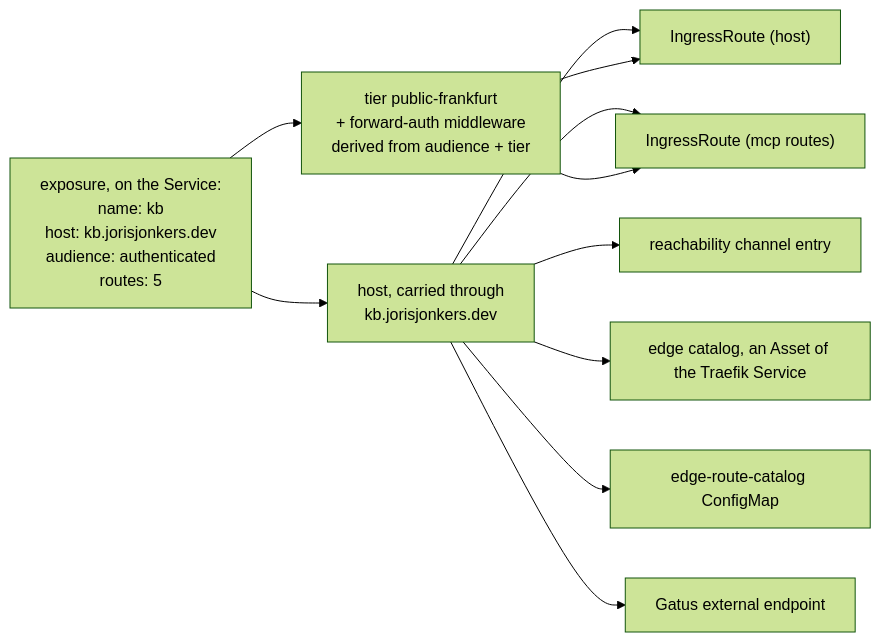
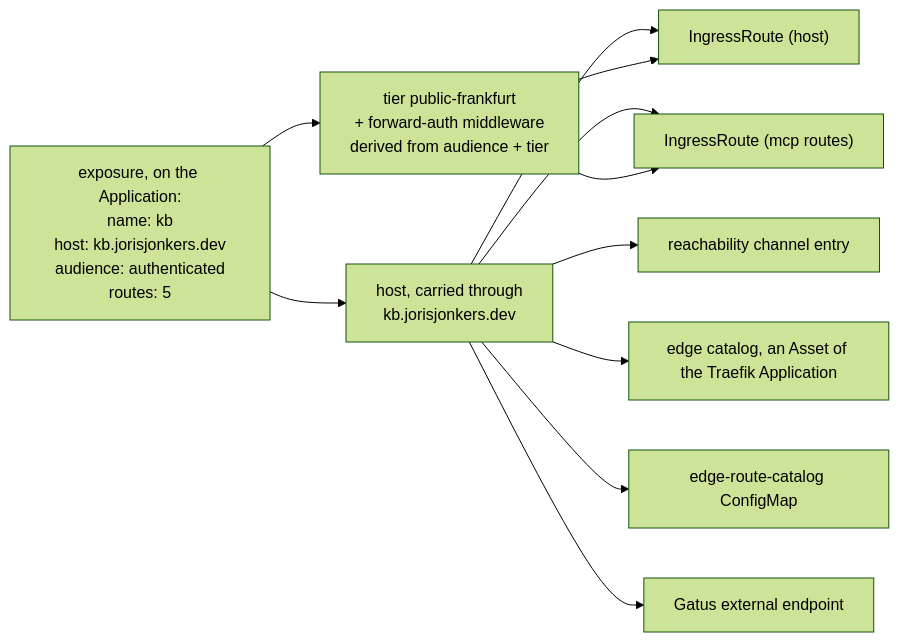
Before and after one commit to JorisJonkers-dev/deploy-kit: the third of 3 diagrams in spec/v1/16-dependencies.md, drawn with Mermaid (forest theme). The commit also changed other lines of this file and 169 other files, not shown here.

````diff
--- a/spec/v1/16-dependencies.md
+++ b/spec/v1/16-dependencies.md
@@ -776,16 +776,16 @@
 ```mermaid
 flowchart LR
-    X["exposure, on the Service:<br/>name: kb<br/>host: kb.jorisjonkers.dev<br/>audience: authenticated<br/>routes: 5"]
+    X["exposure, on the Application:<br/>name: kb<br/>host: kb.jorisjonkers.dev<br/>audience: authenticated<br/>routes: 5"]
 
     X --> H["host, carried through<br/>kb.jorisjonkers.dev"]
     X --> T["tier public-frankfurt<br/>+ forward-auth middleware<br/>derived from audience + tier"]
 
     H --> A1["IngressRoute (host)"]
     H --> A2["IngressRoute (mcp routes)"]
     H --> A3["reachability channel entry"]
-    H --> A4["edge catalog, an Asset of the Traefik Service"]
+    H --> A4["edge catalog, an Asset of the Traefik Application"]
     H --> A5["edge-route-catalog ConfigMap"]
     H --> A6["Gatus external endpoint"]
     T --> A1
     T --> A2
 ```
````
